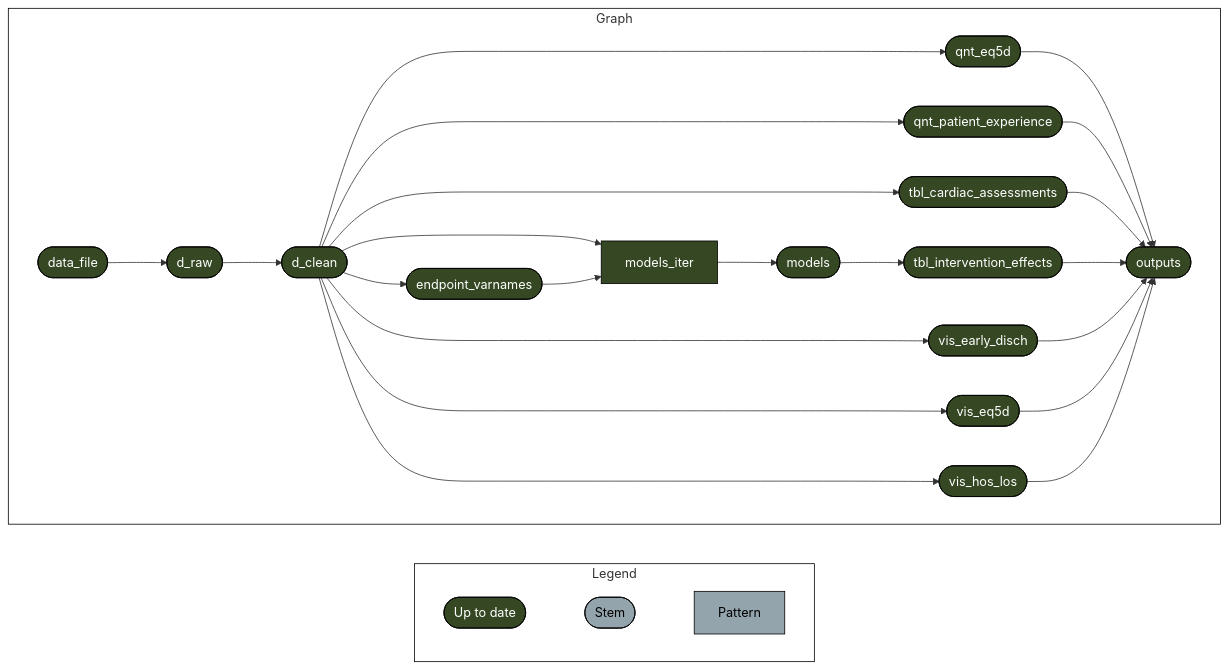
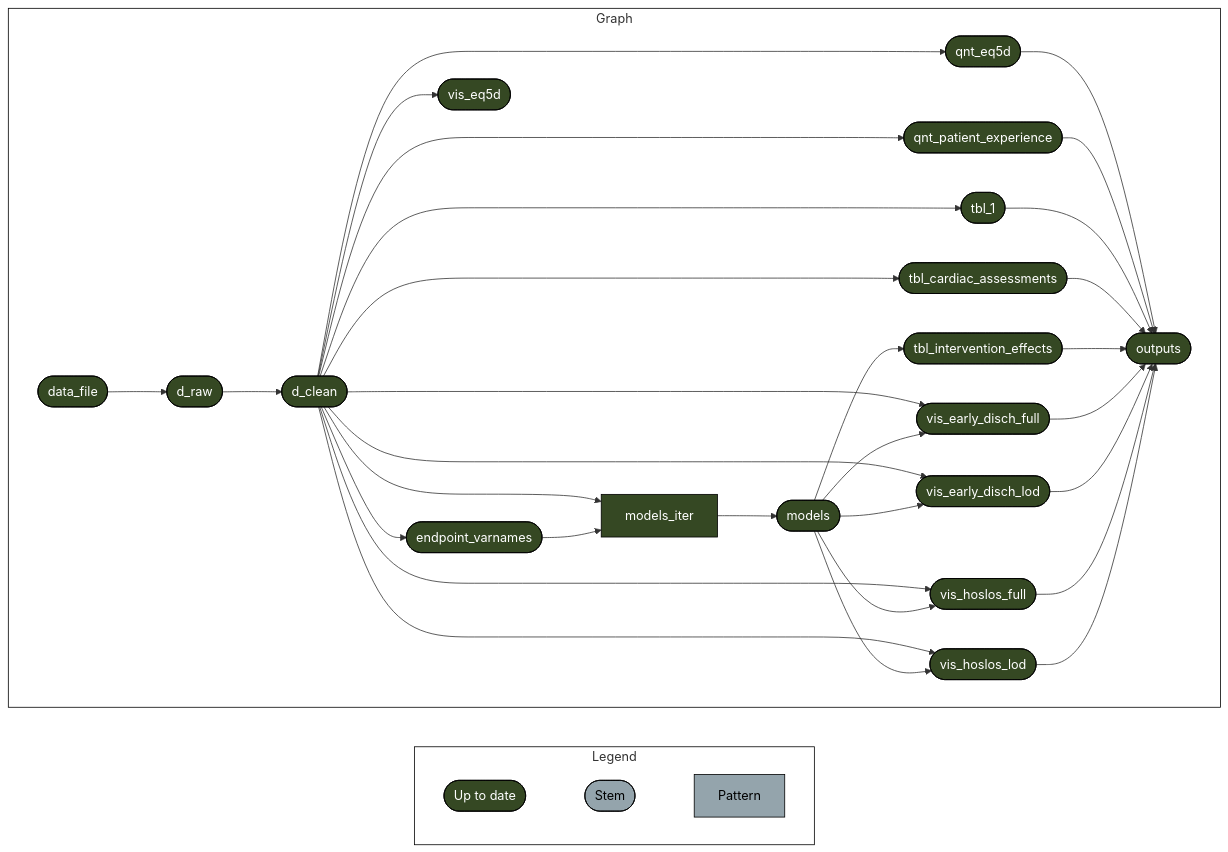
The diagram in README.md (RWParsons/lod-edt), drawn with Mermaid before and after one commit.

````diff
--- a/README.md
+++ b/README.md
@@ -18,37 +18,46 @@
 ``` mermaid
 graph LR
   style Legend fill:#FFFFFF00,stroke:#000000;
   style Graph fill:#FFFFFF00,stroke:#000000;
   subgraph Legend
     direction LR
     xf1522833a4d242c5([""Up to date""]):::uptodate --- xd03d7c7dd2ddda2b([""Stem""]):::none
     xd03d7c7dd2ddda2b([""Stem""]):::none --- x6f7e04ea3427f824[""Pattern""]:::none
   end
   subgraph Graph
     direction LR
-    x13b8365dcba4324c(["d_clean"]):::uptodate --> xba17d3f584ce63ae(["vis_early_disch"]):::uptodate
-    x56afa2603fe1d037(["d_raw"]):::uptodate --> x13b8365dcba4324c(["d_clean"]):::uptodate
     x0d01c84c9424364d(["data_file"]):::uptodate --> x56afa2603fe1d037(["d_raw"]):::uptodate
-    xaca4bed467a54ff1(["models"]):::uptodate --> x1b37a08095af01ef(["tbl_intervention_effects"]):::uptodate
+    x13b8365dcba4324c(["d_clean"]):::uptodate --> x5ba341b1daa1fc45["models_iter"]:::uptodate
+    x979e976bb4cbf5ad(["endpoint_varnames"]):::uptodate --> x5ba341b1daa1fc45["models_iter"]:::uptodate
+    x13b8365dcba4324c(["d_clean"]):::uptodate --> x979e976bb4cbf5ad(["endpoint_varnames"]):::uptodate
+    x5ba341b1daa1fc45["models_iter"]:::uptodate --> xaca4bed467a54ff1(["models"]):::uptodate
+    x13b8365dcba4324c(["d_clean"]):::uptodate --> x8c66d753e3a50a0e(["vis_hoslos_full"]):::uptodate
+    xaca4bed467a54ff1(["models"]):::uptodate --> x8c66d753e3a50a0e(["vis_hoslos_full"]):::uptodate
     x13b8365dcba4324c(["d_clean"]):::uptodate --> xb59898fadcdec69f(["vis_eq5d"]):::uptodate
-    x5ba341b1daa1fc45["models_iter"]:::uptodate --> xaca4bed467a54ff1(["models"]):::uptodate
-    x13b8365dcba4324c(["d_clean"]):::uptodate --> xc531443711f0122d(["vis_hos_los"]):::uptodate
+    x13b8365dcba4324c(["d_clean"]):::uptodate --> x7eeef084d656455c(["qnt_eq5d"]):::uptodate
+    x13b8365dcba4324c(["d_clean"]):::uptodate --> xa2439dbf9eab4d88(["tbl_cardiac_assessments"]):::uptodate
+    x13b8365dcba4324c(["d_clean"]):::uptodate --> x499e10682e6f581e(["vis_early_disch_lod"]):::uptodate
+    xaca4bed467a54ff1(["models"]):::uptodate --> x499e10682e6f581e(["vis_early_disch_lod"]):::uptodate
     x7eeef084d656455c(["qnt_eq5d"]):::uptodate --> xf2656b6bb75dfabe(["outputs"]):::uptodate
     xd979d4bdf1b06554(["qnt_patient_experience"]):::uptodate --> xf2656b6bb75dfabe(["outputs"]):::uptodate
+    xd34032695f0ff868(["tbl_1"]):::uptodate --> xf2656b6bb75dfabe(["outputs"]):::uptodate
     xa2439dbf9eab4d88(["tbl_cardiac_assessments"]):::uptodate --> xf2656b6bb75dfabe(["outputs"]):::uptodate
     x1b37a08095af01ef(["tbl_intervention_effects"]):::uptodate --> xf2656b6bb75dfabe(["outputs"]):::uptodate
-    xba17d3f584ce63ae(["vis_early_disch"]):::uptodate --> xf2656b6bb75dfabe(["outputs"]):::uptodate
-    xb59898fadcdec69f(["vis_eq5d"]):::uptodate --> xf2656b6bb75dfabe(["outputs"]):::uptodate
-    xc531443711f0122d(["vis_hos_los"]):::uptodate --> xf2656b6bb75dfabe(["outputs"]):::uptodate
-    x13b8365dcba4324c(["d_clean"]):::uptodate --> x979e976bb4cbf5ad(["endpoint_varnames"]):::uptodate
-    x13b8365dcba4324c(["d_clean"]):::uptodate --> x5ba341b1daa1fc45["models_iter"]:::uptodate
-    x979e976bb4cbf5ad(["endpoint_varnames"]):::uptodate --> x5ba341b1daa1fc45["models_iter"]:::uptodate
+    x52f8121952cb8115(["vis_early_disch_full"]):::uptodate --> xf2656b6bb75dfabe(["outputs"]):::uptodate
+    x499e10682e6f581e(["vis_early_disch_lod"]):::uptodate --> xf2656b6bb75dfabe(["outputs"]):::uptodate
+    x8c66d753e3a50a0e(["vis_hoslos_full"]):::uptodate --> xf2656b6bb75dfabe(["outputs"]):::uptodate
+    x7d0e04e515a3eb8e(["vis_hoslos_lod"]):::uptodate --> xf2656b6bb75dfabe(["outputs"]):::uptodate
+    xaca4bed467a54ff1(["models"]):::uptodate --> x1b37a08095af01ef(["tbl_intervention_effects"]):::uptodate
     x13b8365dcba4324c(["d_clean"]):::uptodate --> xd979d4bdf1b06554(["qnt_patient_experience"]):::uptodate
-    x13b8365dcba4324c(["d_clean"]):::uptodate --> x7eeef084d656455c(["qnt_eq5d"]):::uptodate
-    x13b8365dcba4324c(["d_clean"]):::uptodate --> xa2439dbf9eab4d88(["tbl_cardiac_assessments"]):::uptodate
+    x13b8365dcba4324c(["d_clean"]):::uptodate --> xd34032695f0ff868(["tbl_1"]):::uptodate
+    x13b8365dcba4324c(["d_clean"]):::uptodate --> x52f8121952cb8115(["vis_early_disch_full"]):::uptodate
+    xaca4bed467a54ff1(["models"]):::uptodate --> x52f8121952cb8115(["vis_early_disch_full"]):::uptodate
+    x56afa2603fe1d037(["d_raw"]):::uptodate --> x13b8365dcba4324c(["d_clean"]):::uptodate
+    x13b8365dcba4324c(["d_clean"]):::uptodate --> x7d0e04e515a3eb8e(["vis_hoslos_lod"]):::uptodate
+    xaca4bed467a54ff1(["models"]):::uptodate --> x7d0e04e515a3eb8e(["vis_hoslos_lod"]):::uptodate
   end
   classDef uptodate stroke:#000000,color:#ffffff,fill:#354823;
   classDef none stroke:#000000,color:#000000,fill:#94a4ac;
   linkStyle 0 stroke-width:0px;
   linkStyle 1 stroke-width:0px;
 ```
````
